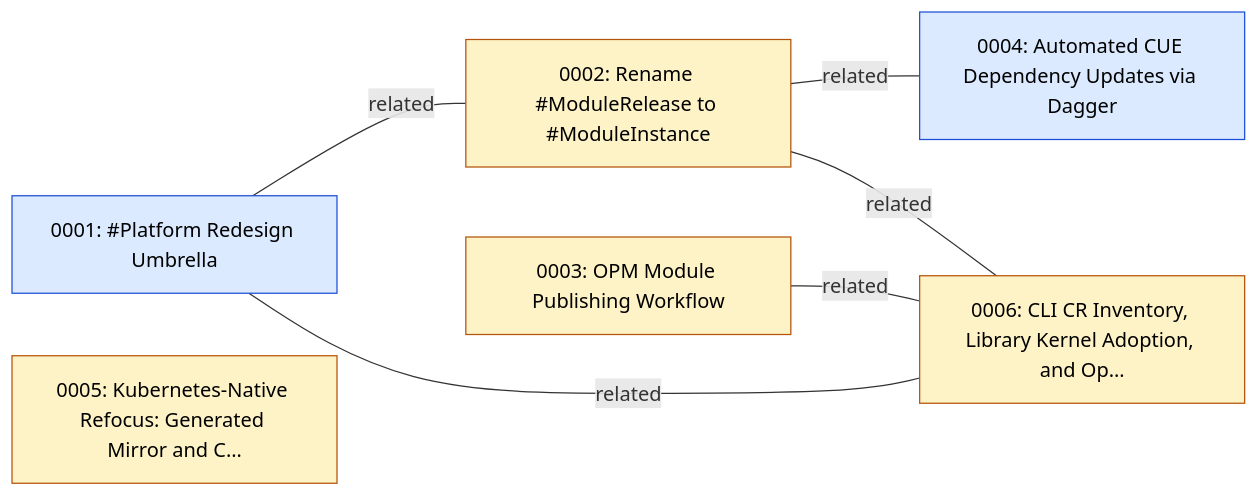
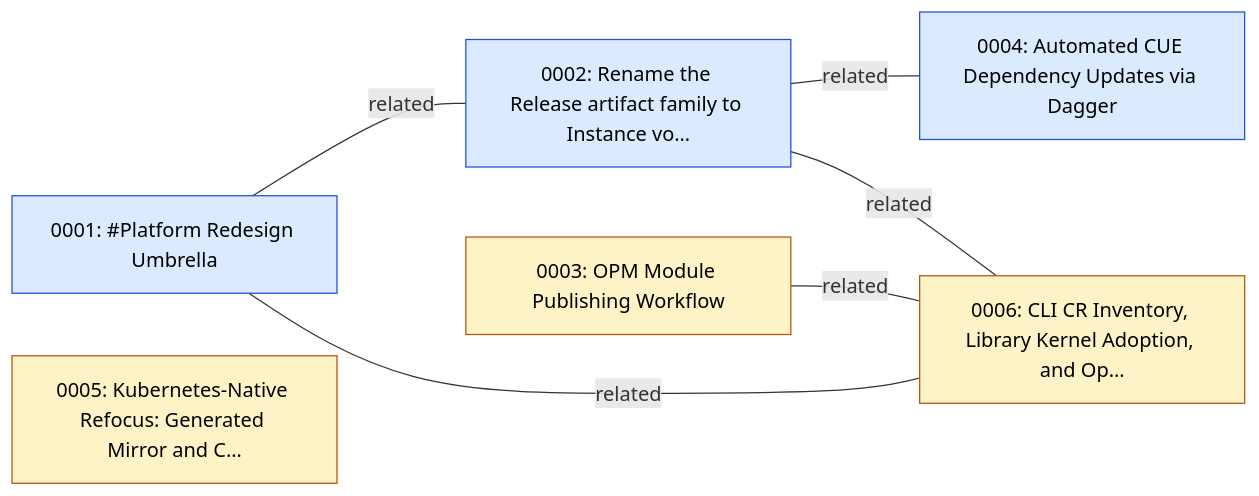
One commit to open-platform-model/enhancements changed the first of 2 diagrams in GRAPH.md. Above: the diagram before and after it, drawn with Mermaid. The commit also changed 10 other files, not shown here.

Commit message:
docs(0002): rescope to cross-cutting rename and promote to accepted

````diff
--- a/GRAPH.md
+++ b/GRAPH.md
@@ -5,21 +5,21 @@
 ```mermaid
 graph LR
   classDef draft       fill:#fef3c7,stroke:#b45309,color:#000
   classDef accepted    fill:#dbeafe,stroke:#1d4ed8,color:#000
   classDef implemented fill:#dcfce7,stroke:#15803d,color:#000
   classDef superseded  fill:#e5e7eb,stroke:#6b7280,color:#6b7280
   classDef legacy      fill:#fafafa,stroke:#9ca3af,color:#6b7280,stroke-dasharray:3 3
 
   N0001["0001: #Platform Redesign Umbrella"]:::accepted
-  N0002["0002: Rename #ModuleRelease to #ModuleInstance"]:::draft
+  N0002["0002: Rename the Release artifact family to Instance vo…"]:::accepted
   N0003["0003: OPM Module Publishing Workflow"]:::draft
   N0004["0004: Automated CUE Dependency Updates via Dagger"]:::accepted
   N0005["0005: Kubernetes-Native Refocus: Generated Mirror and C…"]:::draft
   N0006["0006: CLI CR Inventory, Library Kernel Adoption, and Op…"]:::draft
 
   N0001 ---|related| N0002
   N0001 ---|related| N0006
   N0002 ---|related| N0004
   N0002 ---|related| N0006
   N0003 ---|related| N0006
 ```
````
